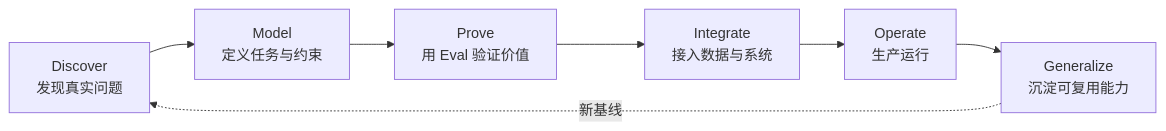
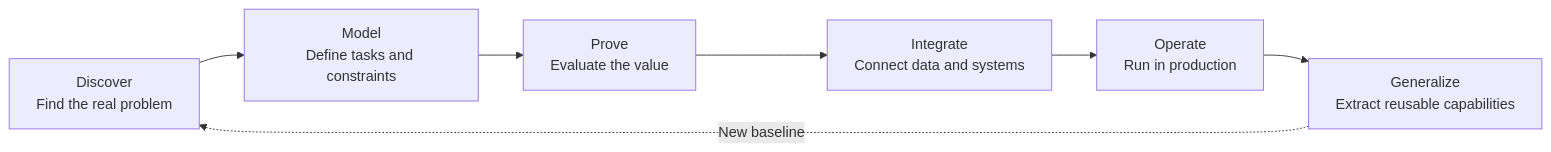
One commit to oneleaveknowsthefall/awesome-ai-roadmap changed the first of 5 diagrams in docs/fde/01-foundations/01-forward-deployed-engineering.md. Above: the diagram before and after it, drawn with Mermaid. The commit also changed other lines of this file and 82 other files, not shown here.

````diff
--- a/docs/fde/01-foundations/01-forward-deployed-engineering.md
+++ b/docs/fde/01-foundations/01-forward-deployed-engineering.md
@@ -24,9 +24,9 @@
 ```mermaid
 flowchart LR
-    D["Discover<br/>发现真实问题"] --> M["Model<br/>定义任务与约束"]
-    M --> P["Prove<br/>用 Eval 验证价值"]
-    P --> I["Integrate<br/>接入数据与系统"]
-    I --> O["Operate<br/>生产运行"]
-    O --> G["Generalize<br/>沉淀可复用能力"]
-    G -.新基线.-> D
+    D["Discover<br/>Find the real problem"] --> M["Model<br/>Define tasks and constraints"]
+    M --> P["Prove<br/>Evaluate the value"]
+    P --> I["Integrate<br/>Connect data and systems"]
+    I --> O["Operate<br/>Run in production"]
+    O --> G["Generalize<br/>Extract reusable capabilities"]
+    G -.New baseline.-> D
 ```
````
